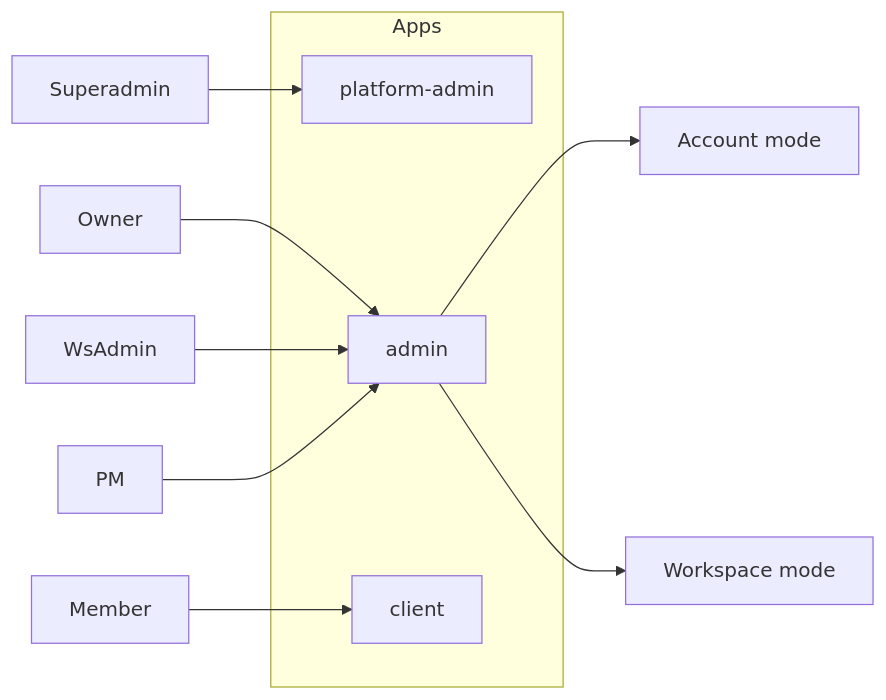
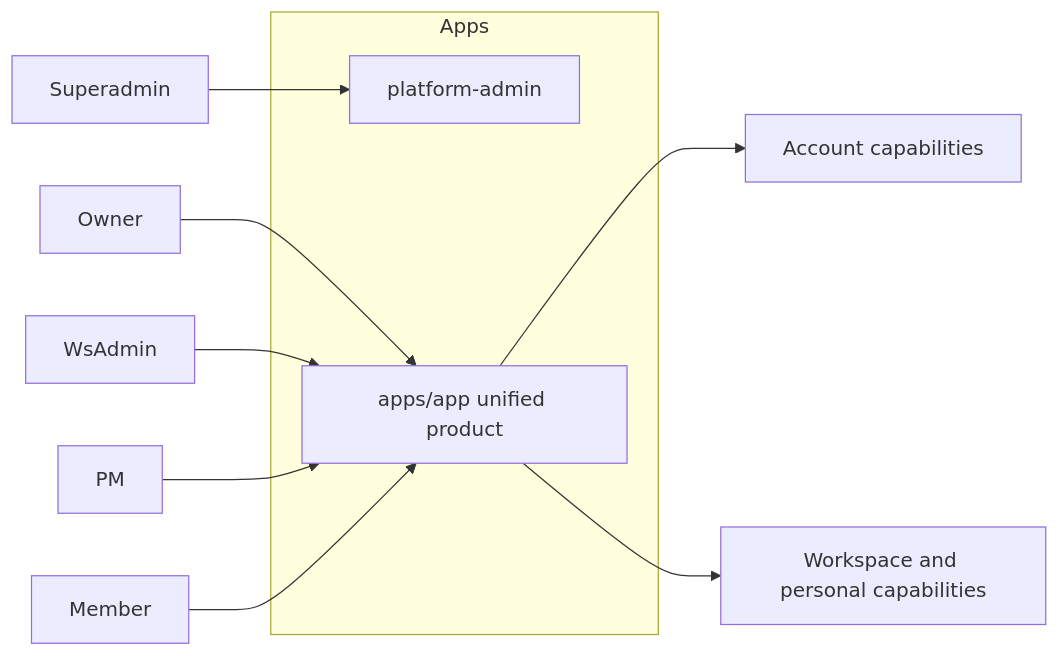
One commit to SCITAIGROUP1/ChronoMint changed the second of 7 diagrams in docs/architecture/TENANT_RBAC.md. Above: the diagram before and after it, drawn with Mermaid. The commit also changed other lines of this file and 959 other files, not shown here.

First line of the commit message:
feat: unify product app and harden tenant access

````diff
--- a/docs/architecture/TENANT_RBAC.md
+++ b/docs/architecture/TENANT_RBAC.md
@@ -117,15 +127,14 @@
 ```mermaid
 flowchart LR
   subgraph apps [Apps]
     PA[platform-admin]
-    AD[admin]
-    CL[client]
+    Product[apps/app unified product]
   end
   Superadmin --> PA
-  Owner --> AD
-  WsAdmin --> AD
-  PM --> AD
-  Member --> CL
-  AD --> Account[Account mode]
-  AD --> Workspace[Workspace mode]
+  Owner --> Product
+  WsAdmin --> Product
+  PM --> Product
+  Member --> Product
+  Product --> Account[Account capabilities]
+  Product --> Workspace[Workspace and personal capabilities]
 ```
````
